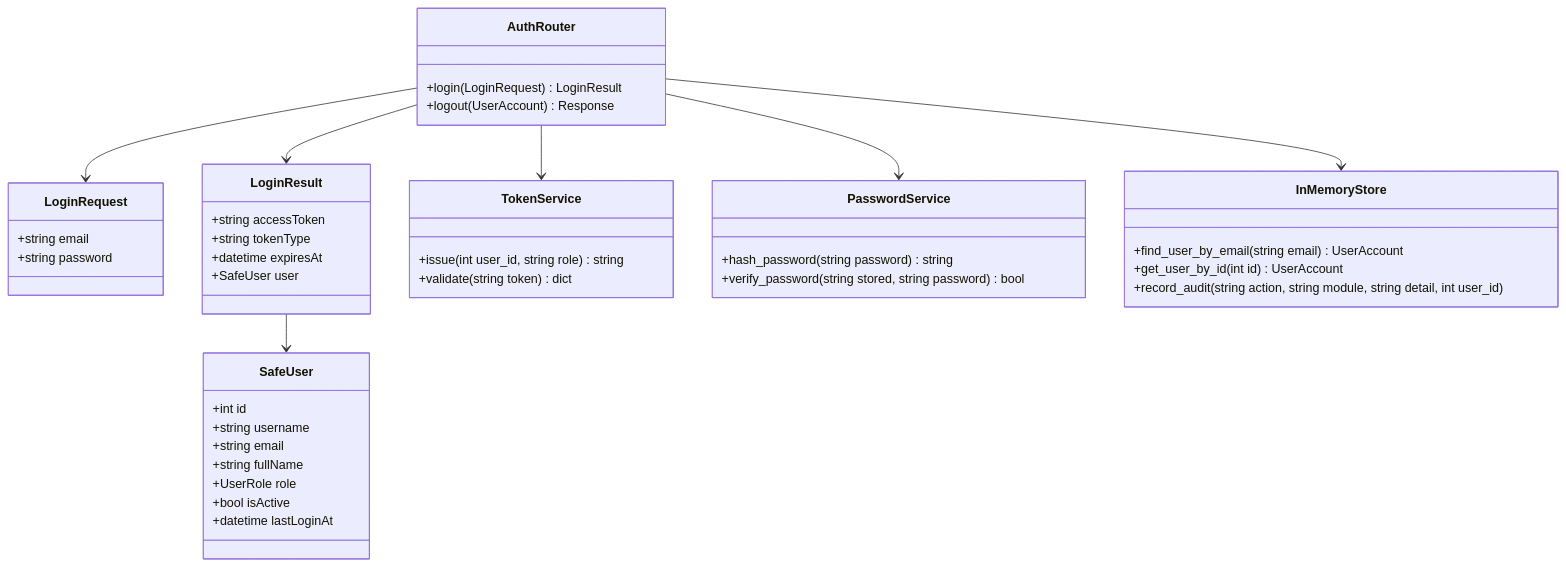
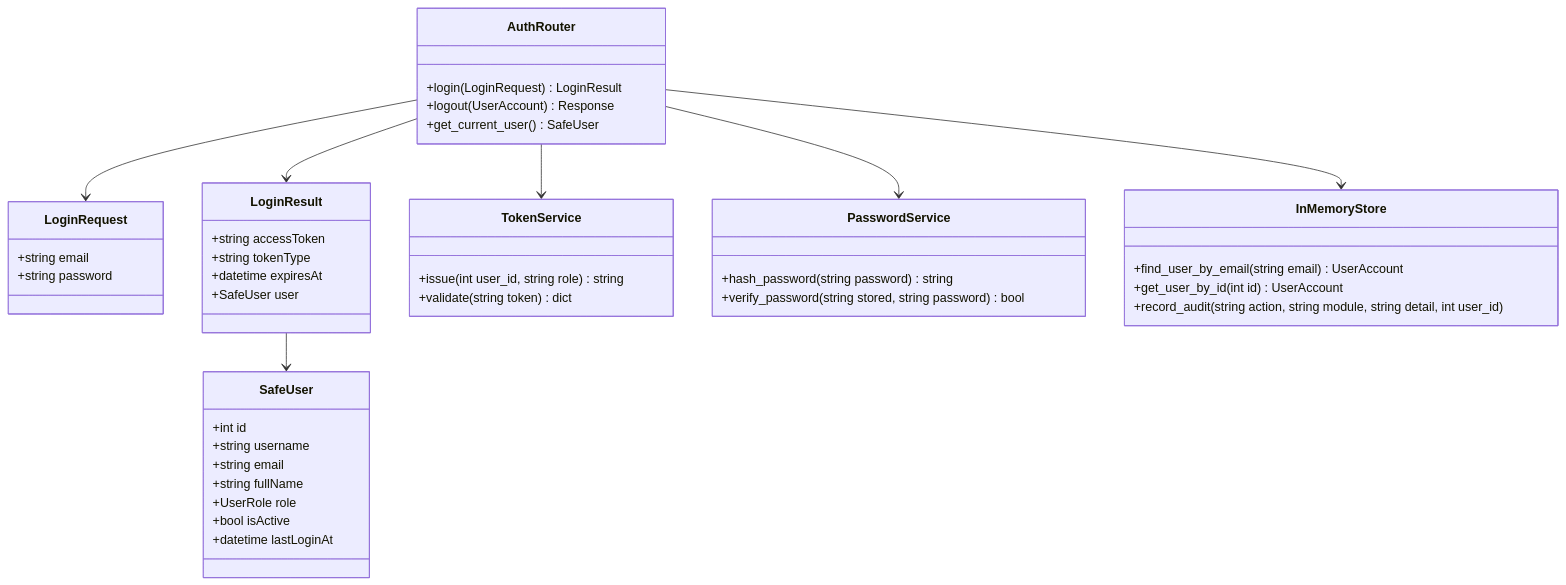
Before and after one commit to AnCoder1310/FlowForge: the eighth of 11 diagrams in README.md, drawn with Mermaid. The commit also changed other lines of this file and 88 other files, not shown here.

````diff
--- a/README.md
+++ b/README.md
@@ -517,54 +674,55 @@
 ```mermaid
 classDiagram
     direction TB
 
     class AuthRouter {
         +login(LoginRequest) LoginResult
         +logout(UserAccount) Response
+        +get_current_user() SafeUser
     }
 
     class LoginRequest {
         +string email
         +string password
     }
 
     class LoginResult {
         +string accessToken
         +string tokenType
         +datetime expiresAt
         +SafeUser user
     }
 
     class SafeUser {
         +int id
         +string username
         +string email
         +string fullName
         +UserRole role
         +bool isActive
         +datetime lastLoginAt
     }
 
     class TokenService {
         +issue(int user_id, string role) string
         +validate(string token) dict
     }
 
     class PasswordService {
         +hash_password(string password) string
         +verify_password(string stored, string password) bool
     }
 
     class InMemoryStore {
         +find_user_by_email(string email) UserAccount
         +get_user_by_id(int id) UserAccount
         +record_audit(string action, string module, string detail, int user_id)
     }
 
     AuthRouter --> LoginRequest
     AuthRouter --> LoginResult
     AuthRouter --> TokenService
     AuthRouter --> PasswordService
     AuthRouter --> InMemoryStore
     LoginResult --> SafeUser
 ```
````
